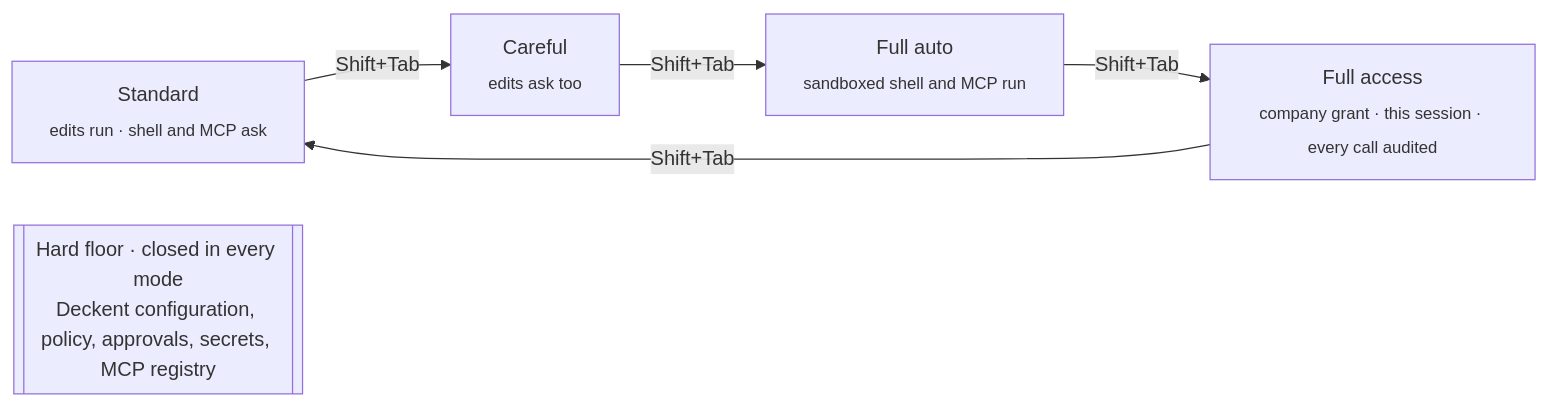
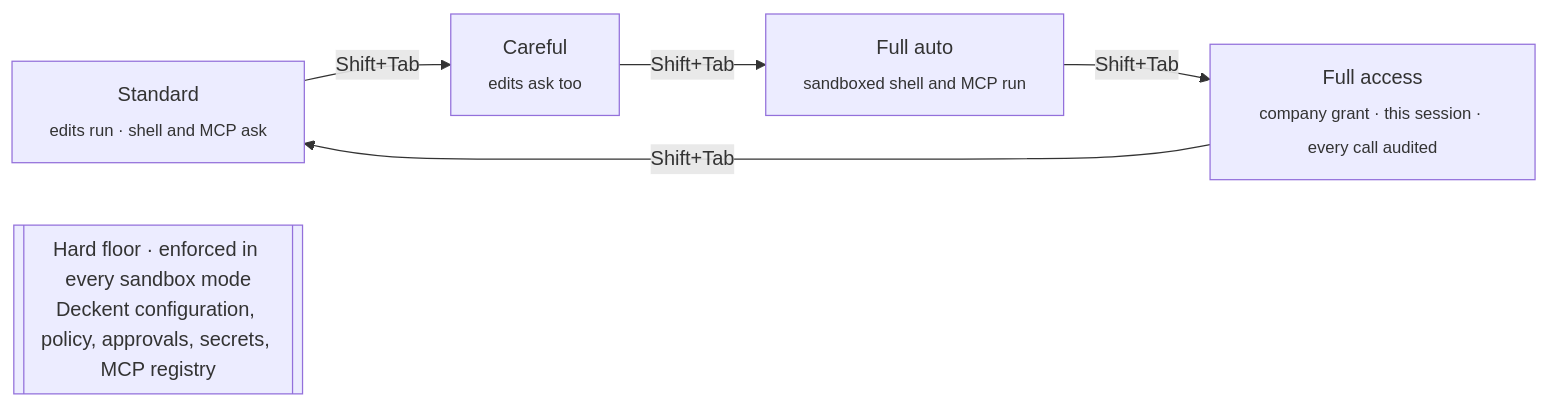
One commit to Verhex/deckent-next changed the third of 5 diagrams in README.md. Above: the diagram before and after it, drawn with Mermaid. The commit also changed other lines of this file and 7 other files, not shown here.

````diff
--- a/README.md
+++ b/README.md
@@ -181,8 +181,8 @@
 ```mermaid
 flowchart LR
   S["Standard<br/><sub>edits run · shell and MCP ask</sub>"] -->|Shift+Tab| C["Careful<br/><sub>edits ask too</sub>"]
   C -->|Shift+Tab| A["Full auto<br/><sub>sandboxed shell and MCP run</sub>"]
   A -->|Shift+Tab| F["Full access<br/><sub>company grant · this session · every call audited</sub>"]
   F -->|Shift+Tab| S
-  H[["Hard floor · closed in every mode<br/>Deckent configuration, policy, approvals, secrets, MCP registry"]]
+  H[["Hard floor · enforced in every sandbox mode<br/>Deckent configuration, policy, approvals, secrets, MCP registry"]]
 ```
````
